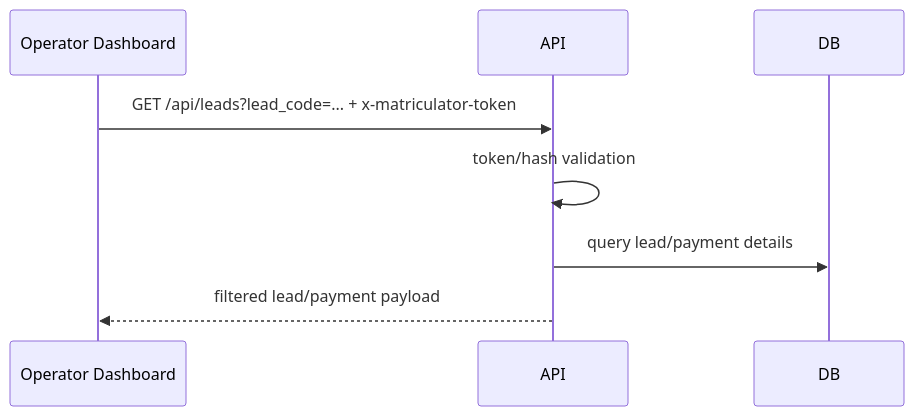
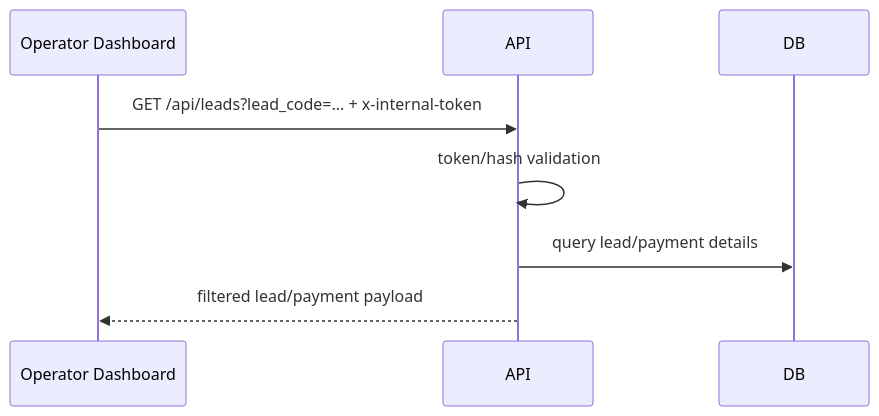
Before and after one commit to N1ghthill/api-demo: the third of 3 diagrams in docs/flows.md, drawn with Mermaid. The commit also changed 6 other files, not shown here.

````diff
--- a/docs/flows.md
+++ b/docs/flows.md
@@ -44,11 +44,11 @@
 ```mermaid
 sequenceDiagram
   participant Ops as Operator Dashboard
   participant API
   participant DB
 
-  Ops->>API: GET /api/leads?lead_code=... + x-matriculator-token
+  Ops->>API: GET /api/leads?lead_code=... + x-internal-token
   API->>API: token/hash validation
   API->>DB: query lead/payment details
   API-->>Ops: filtered lead/payment payload
 ```
````
